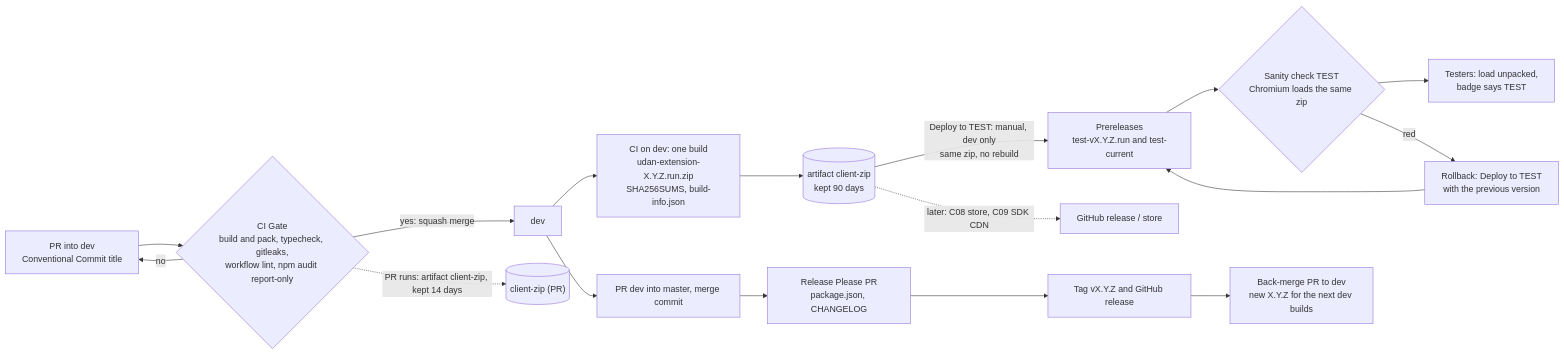
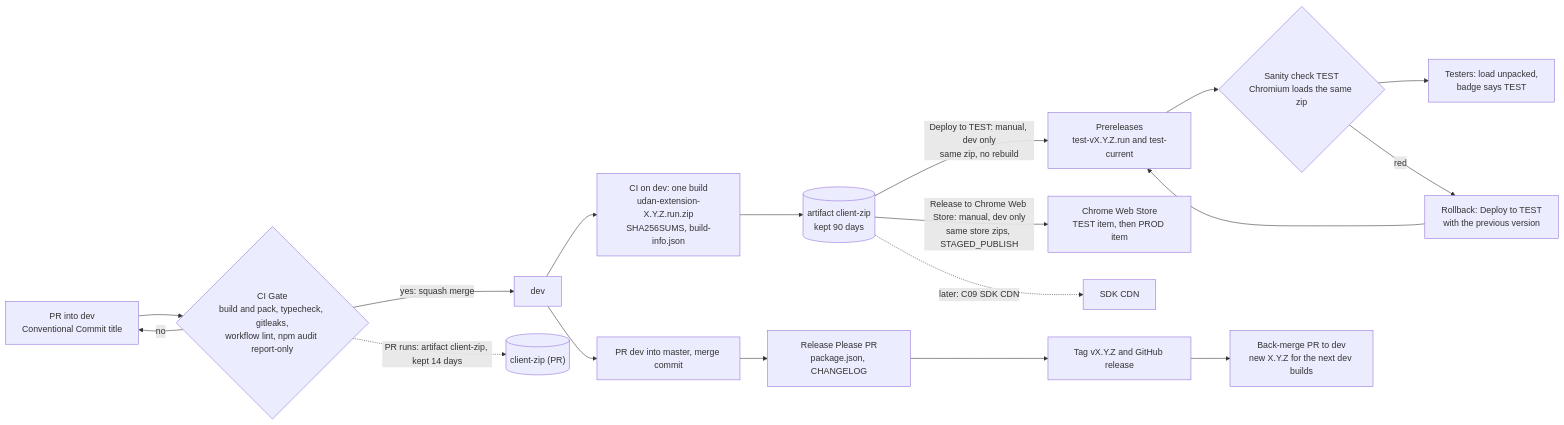
Before and after one commit to Digital-Assistant/Digital_Assistant_Client: the diagram in README.md, drawn with Mermaid. The commit also changed other lines of this file and 7 other files, not shown here.

Commit message:
feat(ci): release store zips to the Chrome Web Store with STAGED_PUBLISH (dry run by default) (#638)

````diff
--- a/README.md
+++ b/README.md
@@ -179,19 +179,20 @@
 ```mermaid
 flowchart LR
     PR["PR into dev<br/>Conventional Commit title"] --> CI{"CI Gate<br/>build and pack, typecheck, gitleaks,<br/>workflow lint, npm audit report-only"}
     CI -- no --> PR
     CI -- "yes: squash merge" --> DEV["dev"]
     CI -. "PR runs: artifact client-zip, kept 14 days" .-> PZIP[("client-zip (PR)")]
     DEV --> BUILD["CI on dev: one build<br/>udan-extension-X.Y.Z.run.zip<br/>SHA256SUMS, build-info.json"]
     BUILD --> ZIP[("artifact client-zip<br/>kept 90 days")]
     ZIP -- "Deploy to TEST: manual, dev only<br/>same zip, no rebuild" --> PRE["Prereleases<br/>test-vX.Y.Z.run and test-current"]
     PRE --> SAN{"Sanity check TEST<br/>Chromium loads the same zip"}
     SAN --> TESTERS["Testers: load unpacked,<br/>badge says TEST"]
     SAN -- "red" --> RB["Rollback: Deploy to TEST<br/>with the previous version"]
     RB --> PRE
-    ZIP -. "later: C08 store, C09 SDK CDN" .-> PROD["GitHub release / store"]
+    ZIP -- "Release to Chrome Web Store: manual, dev only<br/>same store zips, STAGED_PUBLISH" --> STORE["Chrome Web Store<br/>TEST item, then PROD item"]
+    ZIP -. "later: C09 SDK CDN" .-> CDN["SDK CDN"]
     DEV --> REL["PR dev into master, merge commit"]
     REL --> RP["Release Please PR<br/>package.json, CHANGELOG"]
     RP --> TAG["Tag vX.Y.Z and GitHub release"]
     TAG --> BM["Back-merge PR to dev<br/>new X.Y.Z for the next dev builds"]
 ```
````
